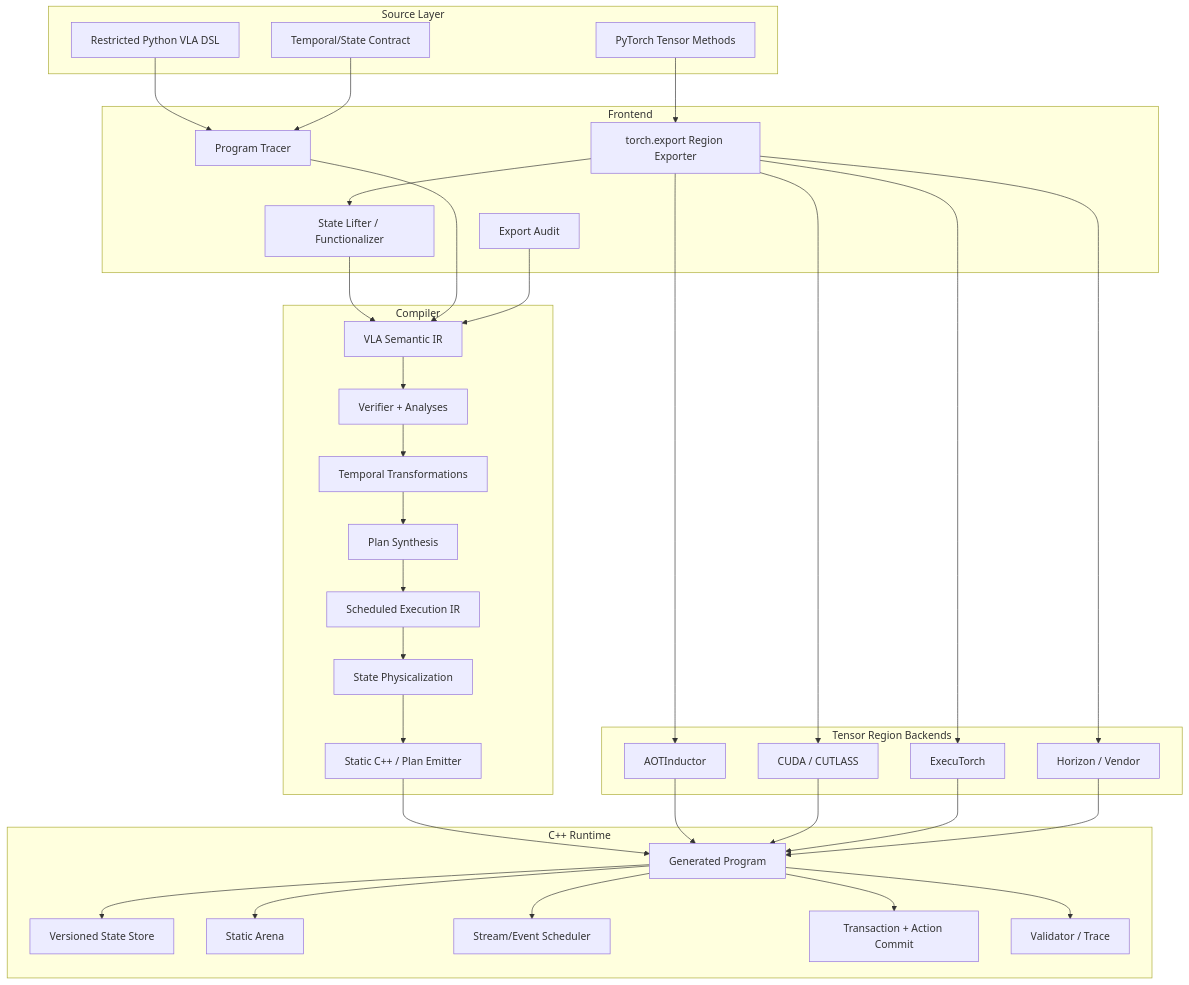
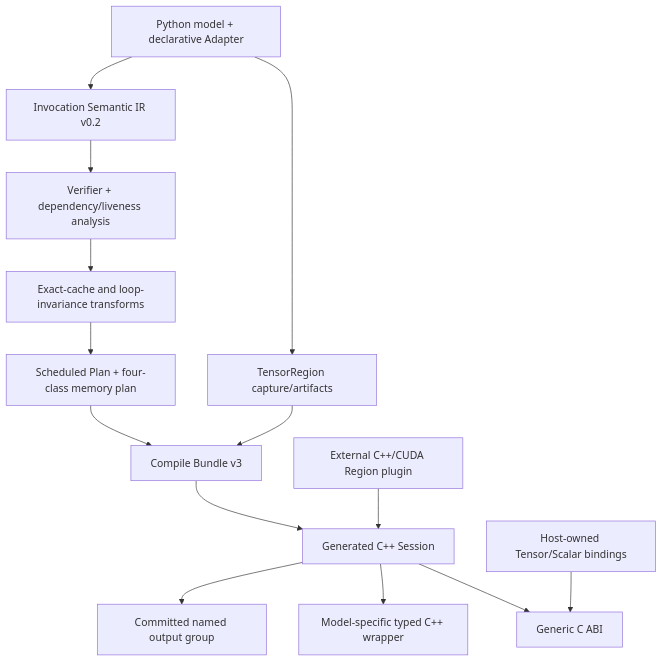
One commit to windog-labs/edge-fm-x changed the diagram in doc/vlaforge_development_plan.md. Above: the diagram before and after it, drawn with Mermaid. The commit also changed other lines of this file and 160 other files, not shown here.

````diff
--- a/doc/vlaforge_development_plan.md
+++ b/doc/vlaforge_development_plan.md
@@ -150,54 +38,16 @@
 ```mermaid
 flowchart TB
-    subgraph Source["Source Layer"]
-        A["Restricted Python VLA DSL"]
-        B["PyTorch Tensor Methods"]
-        C["Temporal/State Contract"]
-    end
-
-    subgraph Frontend["Frontend"]
-        D["torch.export Region Exporter"]
-        E["State Lifter / Functionalizer"]
-        F["Program Tracer"]
-        G["Export Audit"]
-    end
-
-    subgraph Compiler["Compiler"]
-        H["VLA Semantic IR"]
-        I["Verifier + Analyses"]
-        J["Temporal Transformations"]
-        K["Plan Synthesis"]
-        L["Scheduled Execution IR"]
-        M["State Physicalization"]
-        N["Static C++ / Plan Emitter"]
-    end
-
-    subgraph Leaf["Tensor Region Backends"]
-        O["AOTInductor"]
-        P["CUDA / CUTLASS"]
-        Q["ExecuTorch"]
-        R["Horizon / Vendor"]
-    end
-
-    subgraph Runtime["C++ Runtime"]
-        S["Generated Program"]
-        T["Versioned State Store"]
-        U["Static Arena"]
-        V["Stream/Event Scheduler"]
-        W["Transaction + Action Commit"]
-        X["Validator / Trace"]
-    end
-
-    A --> F
-    B --> D
-    C --> F
-    D --> E
-    E --> H
-    F --> H
-    G --> H
-    H --> I --> J --> K --> L --> M --> N
-    D --> O & P & Q & R
-    N --> S
-    O & P & Q & R --> S
-    S --> T & U & V & W & X
+    A["Python model + declarative Adapter"] --> B["TensorRegion capture/artifacts"]
+    A --> C["Invocation Semantic IR v0.2"]
+    C --> D["Verifier + dependency/liveness analysis"]
+    D --> E["Exact-cache and loop-invariance transforms"]
+    E --> F["Scheduled Plan + four-class memory plan"]
+    B --> G["Compile Bundle v3"]
+    F --> G
+    G --> H["Generated C++ Session"]
+    H --> I["Generic C ABI"]
+    H --> J["Model-specific typed C++ wrapper"]
+    K["Host-owned Tensor/Scalar bindings"] --> I
+    L["External C++/CUDA Region plugin"] --> H
+    H --> M["Committed named output group"]
 ```
````
